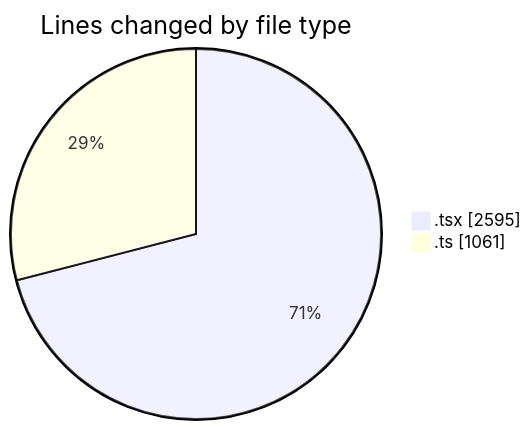
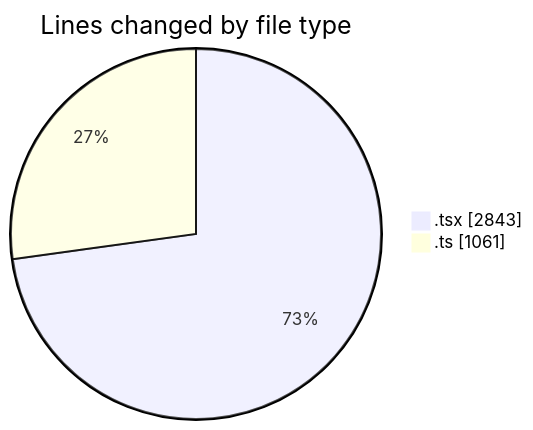
The first of 2 diagrams in 2026-02-19/nxtqube_webapp/README.md (nxtqubesakshisongat/code-tracking), drawn with Mermaid before and after one commit. The commit also changed other lines of this file and 1 other file, not shown here.

````diff
--- a/2026-02-19/nxtqube_webapp/README.md
+++ b/2026-02-19/nxtqube_webapp/README.md
@@ -27,6 +28,6 @@
 ```mermaid
 pie showData
 title Lines changed by file type
-".tsx" : 2595
+".tsx" : 2843
 ".ts" : 1061
 ```
````
